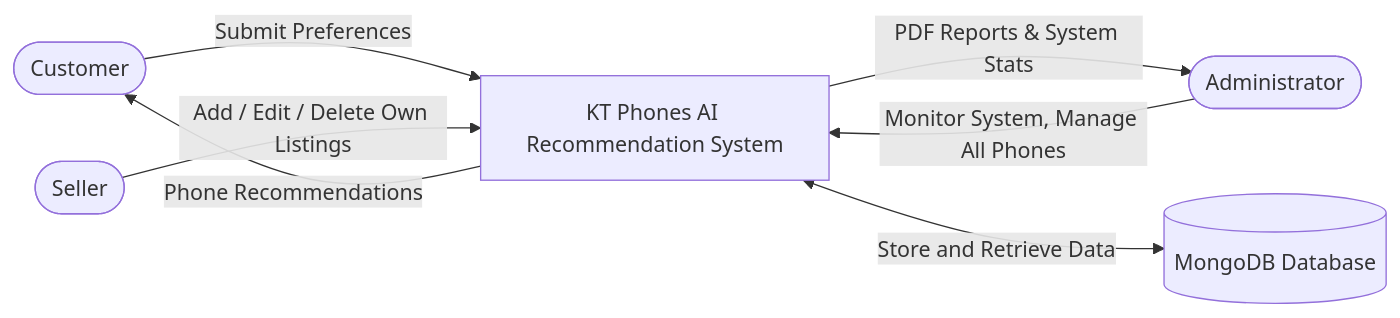
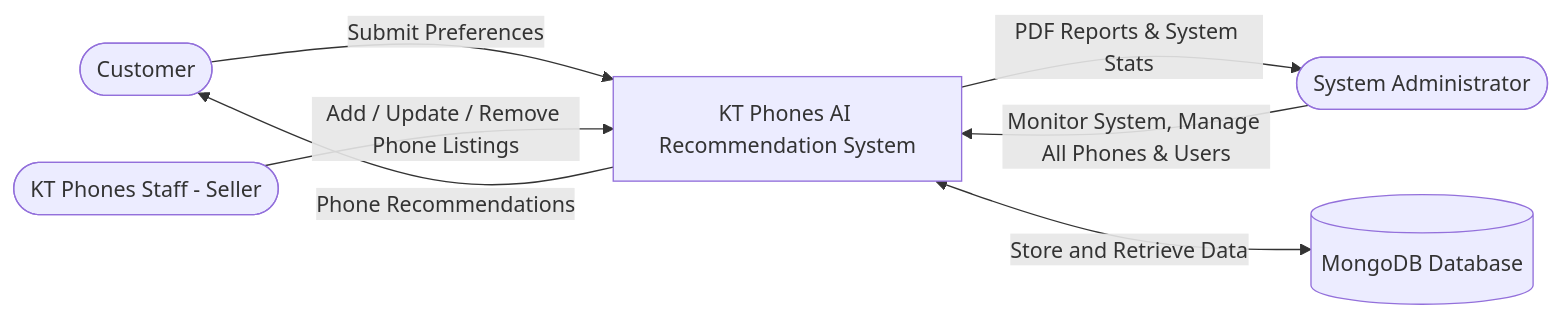
Before and after one commit to softboyai/Ai-based-phone: the first of 7 diagrams in diagrams.md, drawn with Mermaid. The commit also changed 8 other files, not shown here.

First line of the commit message:
fix: correct seller framing  KT Phones staff, not marketplace vendor

````diff
--- a/diagrams.md
+++ b/diagrams.md
@@ -7,18 +7,18 @@
 ```mermaid
 graph LR
     Customer([Customer])
-    Seller([Seller])
-    Admin([Administrator])
+    Seller([KT Phones Staff - Seller])
+    Admin([System Administrator])
     KTPhones[KT Phones AI Recommendation System]
     MongoDB[(MongoDB Database)]
 
     Customer -->|Submit Preferences| KTPhones
     KTPhones -->|Phone Recommendations| Customer
 
-    Seller -->|Add / Edit / Delete Own Listings| KTPhones
+    Seller -->|Add / Update / Remove Phone Listings| KTPhones
 
-    Admin -->|Monitor System, Manage All Phones| KTPhones
+    Admin -->|Monitor System, Manage All Phones & Users| KTPhones
     KTPhones -->|PDF Reports & System Stats| Admin
 
     KTPhones <-->|Store and Retrieve Data| MongoDB
 ```
````
